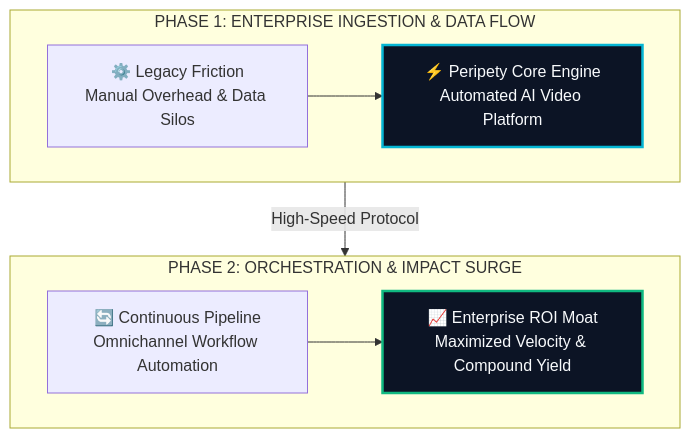
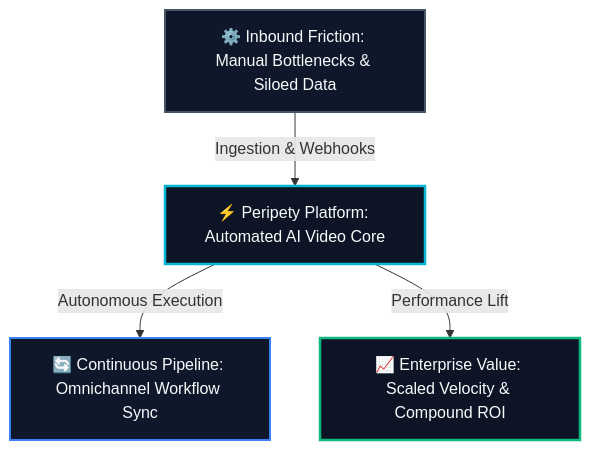
One commit to heliatech-media/saas-radar changed the diagram in site/src/content/blog/peripety-evolution-guide-2026.md. Above: the diagram before and after it, drawn with Mermaid. The commit also changed 93 other files, not shown here.

First line of the commit message:
fix(diagrams): resolve dagre-d3 subgraph collision by migrating to balanced 3-tier Hub & Spoke architecture

````diff
--- a/site/src/content/blog/peripety-evolution-guide-2026.md
+++ b/site/src/content/blog/peripety-evolution-guide-2026.md
@@ -52,14 +52,14 @@
 ```mermaid
 flowchart TD
-    subgraph S1["PHASE 1: ENTERPRISE INGESTION & DATA FLOW"]
-        direction LR
-        A["⚙️ Legacy Friction<br/>Manual Overhead & Data Silos"] --> B["⚡ Peripety Core Engine<br/>Automated AI Video Platform"]
-    end
-    subgraph S2["PHASE 2: ORCHESTRATION & IMPACT SURGE"]
-        direction LR
-        C["🔄 Continuous Pipeline<br/>Omnichannel Workflow Automation"] --> D["📈 Enterprise ROI Moat<br/>Maximized Velocity & Compound Yield"]
-    end
-    S1 -->|High-Speed Protocol| S2
-    style B fill:#0c1425,stroke:#06b6d4,stroke-width:2.5px,color:#f8fafc
-    style D fill:#0c1425,stroke:#10b981,stroke-width:2.5px,color:#f8fafc
+    Inp["⚙️ Inbound Friction: Manual Bottlenecks & Siloed Data"]
+    Eng["⚡ Peripety Platform: Automated AI Video Core"]
+    Out1["🔄 Continuous Pipeline: Omnichannel Workflow Sync"]
+    Out2["📈 Enterprise Value: Scaled Velocity & Compound ROI"]
+    Inp -->|Ingestion & Webhooks| Eng
+    Eng -->|Autonomous Execution| Out1
+    Eng -->|Performance Lift| Out2
+    style Inp fill:#0f172a,stroke:#475569,stroke-width:2px,color:#f8fafc
+    style Eng fill:#0c1425,stroke:#06b6d4,stroke-width:2.5px,color:#f8fafc
+    style Out1 fill:#0f172a,stroke:#3b82f6,stroke-width:2px,color:#f8fafc
+    style Out2 fill:#0c1425,stroke:#10b981,stroke-width:2.5px,color:#f8fafc
 ```
````
